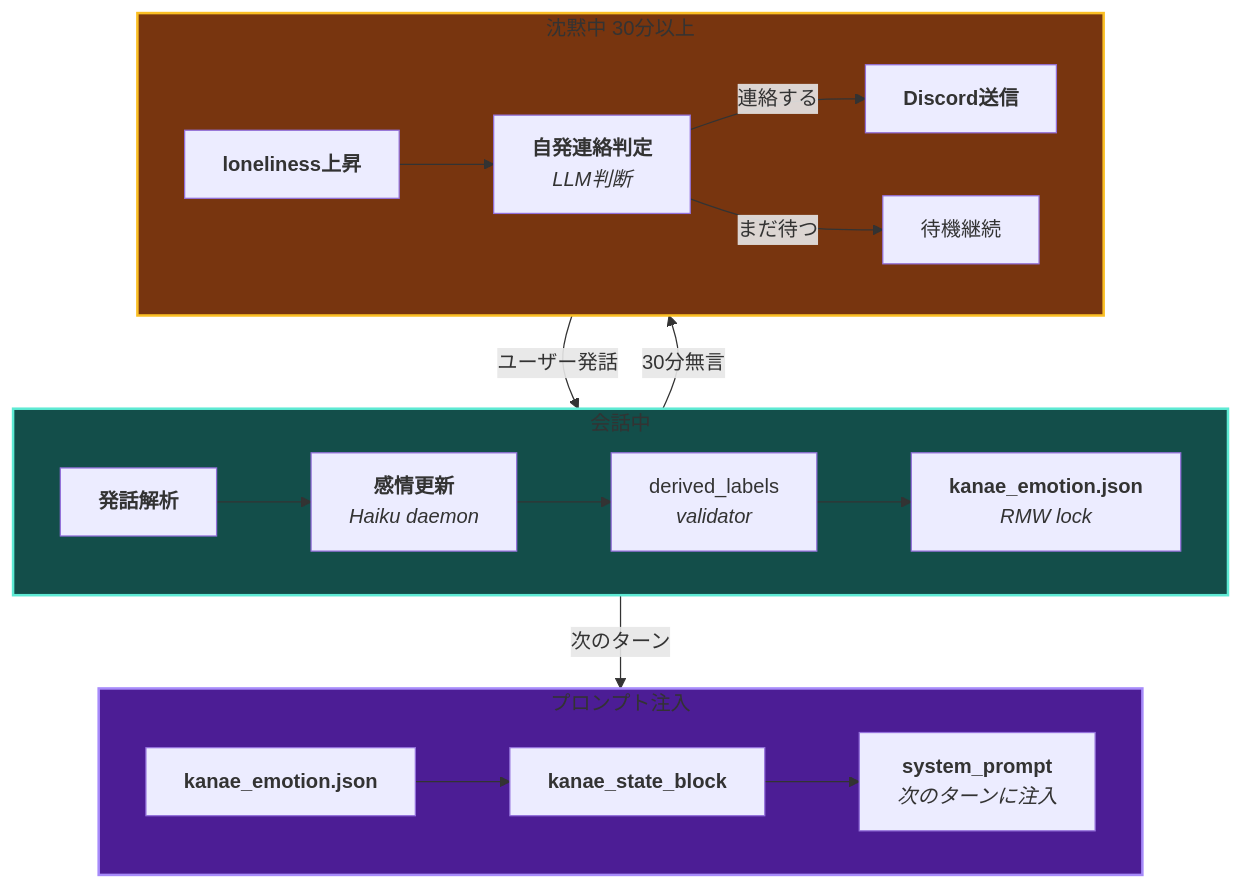
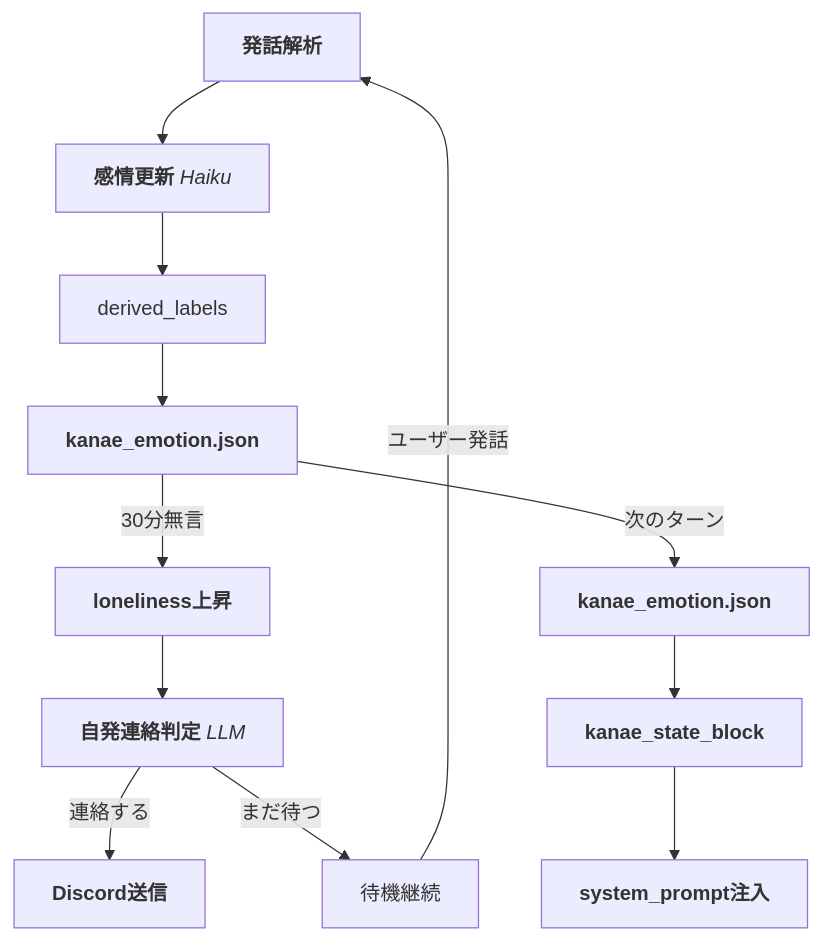
The sixth of 6 diagrams in content/products/discord-bot.md (haroin57/haroin57.com), drawn with Mermaid before and after one commit. The commit also changed other lines of this file, not shown here.

Commit message:
fix: Layer 2/6のMermaidノード見切れを修正
Layer 2: SYS/USERノードのテキストを短縮。
Layer 6: subgraph構造を廃止しフラットなフローに変更。

````diff
--- a/content/products/discord-bot.md
+++ b/content/products/discord-bot.md
@@ -849,34 +843,19 @@
 ```mermaid
 flowchart TB
-    subgraph Conv["会話中"]
-        direction LR
-        A1["`**発話解析**`"] --> A2["`**感情更新**
-        *Haiku daemon*`"]
-        A2 --> A3["`derived_labels
-        *validator*`"]
-        A3 --> A4["`**kanae_emotion.json**
-        *RMW lock*`"]
-    end
+    A1["`**発話解析**`"] --> A2["`**感情更新** *Haiku*`"]
+    A2 --> A3["`derived_labels`"]
+    A3 --> A4["`**kanae_emotion.json**`"]
 
-    subgraph Silent["沈黙中 30分以上"]
-        direction LR
-        B1["`**loneliness上昇**`"] --> B2["`**自発連絡判定**
-        *LLM判断*`"]
-        B2 -->|連絡する| B3["`**Discord送信**`"]
-        B2 -->|まだ待つ| B4["`待機継続`"]
-    end
+    A4 -->|30分無言| B1
 
-    subgraph Inject["プロンプト注入"]
-        direction LR
-        C1["`**kanae_emotion.json**`"] --> C2["`**kanae_state_block**`"] --> C3["`**system_prompt**
-        *次のターンに注入*`"]
-    end
+    B1["`**loneliness上昇**`"] --> B2["`**自発連絡判定** *LLM*`"]
+    B2 -->|連絡する| B3["`**Discord送信**`"]
+    B2 -->|まだ待つ| B4["`待機継続`"]
 
-    Conv -->|30分無言| Silent
-    Silent -->|ユーザー発話| Conv
-    Conv -->|次のターン| Inject
+    B4 -->|ユーザー発話| A1
 
-    style Conv fill:#134e4a,stroke:#5eead4,stroke-width:2px
-    style Silent fill:#78350f,stroke:#fbbf24,stroke-width:2px
-    style Inject fill:#4c1d95,stroke:#a78bfa,stroke-width:2px
+    A4 -->|次のターン| C1
+    C1["`**kanae_emotion.json**`"] --> C2["`**kanae_state_block**`"]
+    C2 --> C3["`**system_prompt注入**`"]
+
 ```
````
